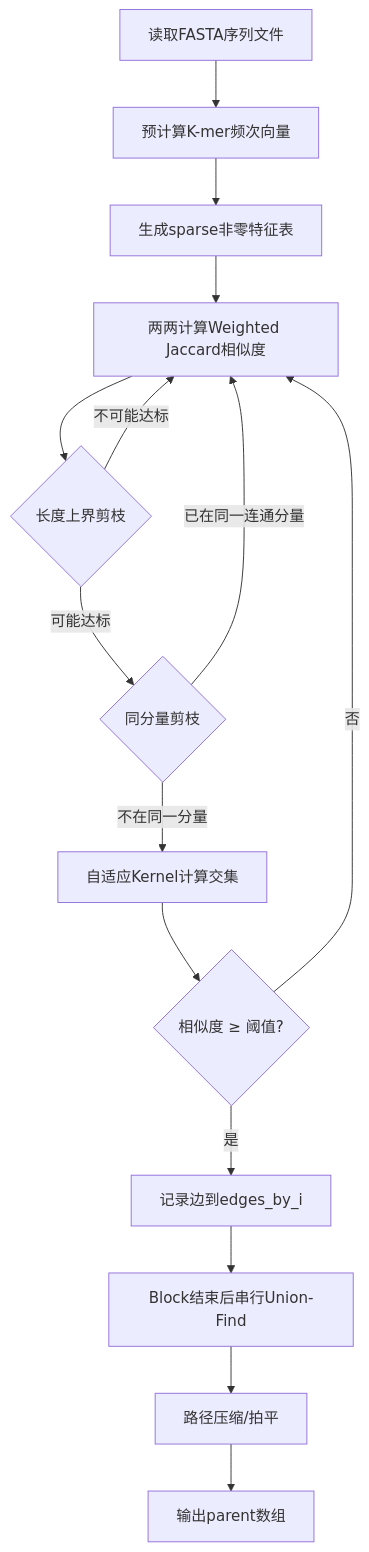
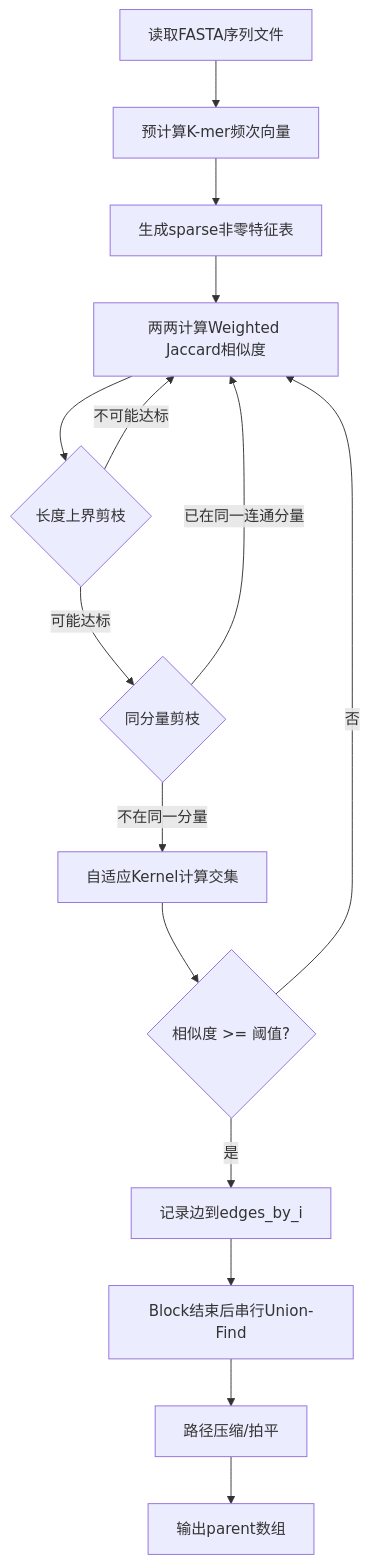
Before and after one commit to nicccce/parallel-computing-lab: the first of 2 diagrams in src/experiment_report.md, drawn with Mermaid. The commit also changed other lines of this file and 35 other files, not shown here.

````diff
--- a/src/experiment_report.md
+++ b/src/experiment_report.md
@@ -32,17 +41,17 @@
 ```mermaid
 flowchart TD
-    A[读取FASTA序列文件] --> B[预计算K-mer频次向量]
-    B --> B2[生成sparse非零特征表]
-    B2 --> C[两两计算Weighted Jaccard相似度]
-    C --> P1{长度上界剪枝}
-    P1 -- 不可能达标 --> C
-    P1 -- 可能达标 --> P2{同分量剪枝}
-    P2 -- 已在同一连通分量 --> C
-    P2 -- 不在同一分量 --> K[自适应Kernel计算交集]
-    K --> D{相似度 ≥ 阈值?}
-    D -- 是 --> E[记录边到edges_by_i]
-    D -- 否 --> C
-    E --> F[Block结束后串行Union-Find]
-    F --> G[路径压缩/拍平]
-    G --> H[输出parent数组]
+    A["读取FASTA序列文件"] --> B["预计算K-mer频次向量"]
+    B --> B2["生成sparse非零特征表"]
+    B2 --> C["两两计算Weighted Jaccard相似度"]
+    C --> P1{"长度上界剪枝"}
+    P1 -- "不可能达标" --> C
+    P1 -- "可能达标" --> P2{"同分量剪枝"}
+    P2 -- "已在同一连通分量" --> C
+    P2 -- "不在同一分量" --> K["自适应Kernel计算交集"]
+    K --> D{"相似度 >= 阈值?"}
+    D -- "是" --> E["记录边到edges_by_i"]
+    D -- "否" --> C
+    E --> F["Block结束后串行Union-Find"]
+    F --> G["路径压缩/拍平"]
+    G --> H["输出parent数组"]
 ```
````
